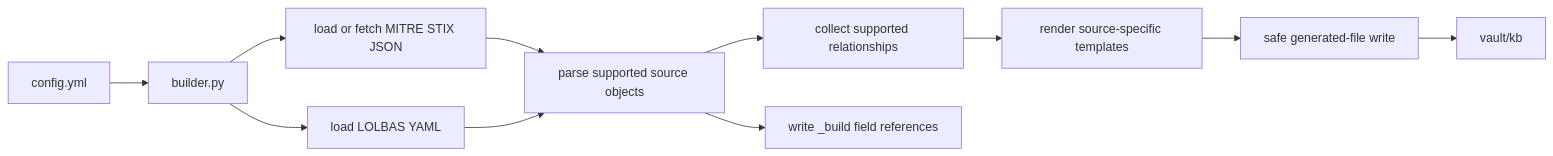
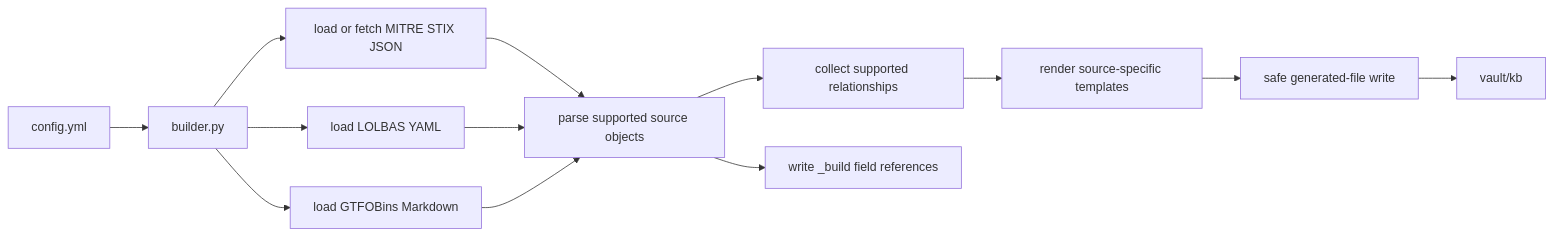
One commit to scorchederf/focuslocust changed the diagram in README.md. Above: the diagram before and after it, drawn with Mermaid. The commit also changed other lines of this file and 11 other files, not shown here.

````diff
--- a/README.md
+++ b/README.md
@@ -41,13 +43,15 @@
 ```mermaid
 flowchart LR
     Config[config.yml] --> CLI[builder.py]
     CLI --> MITRE[load or fetch MITRE STIX JSON]
     CLI --> LOLBAS[load LOLBAS YAML]
+    CLI --> GTFOBins[load GTFOBins Markdown]
     MITRE --> Parser[parse supported source objects]
     LOLBAS --> Parser
+    GTFOBins --> Parser
     Parser --> Relations[collect supported relationships]
     Relations --> Render[render source-specific templates]
     Render --> Safety[safe generated-file write]
     Safety --> Vault[vault/kb]
     Parser --> BuildRefs[write _build field references]
 ```
````
